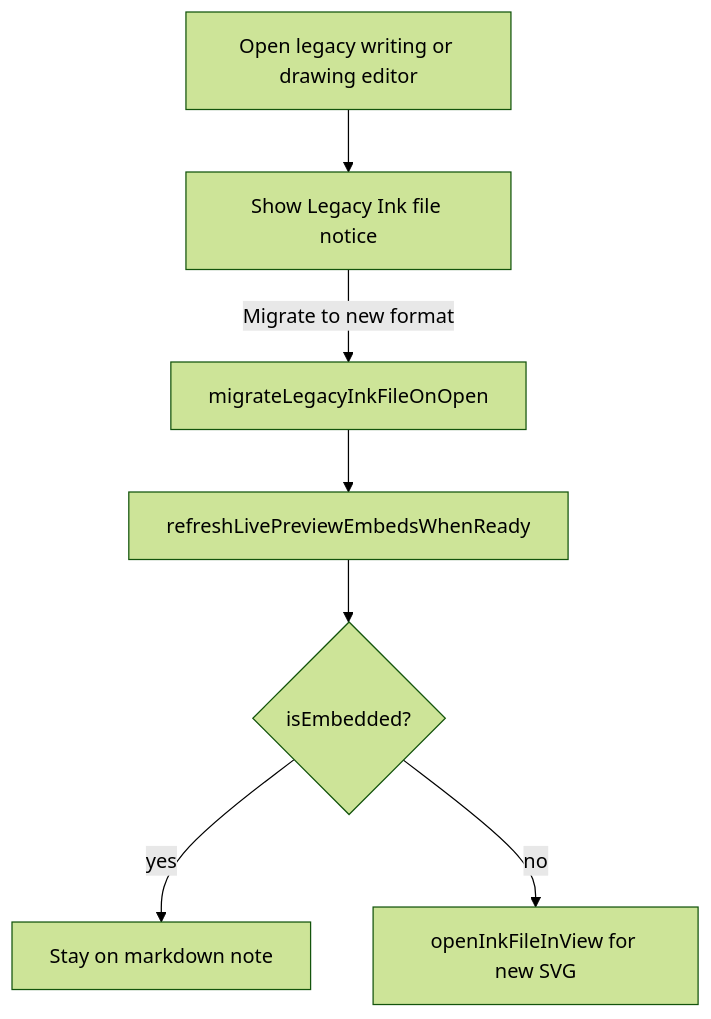
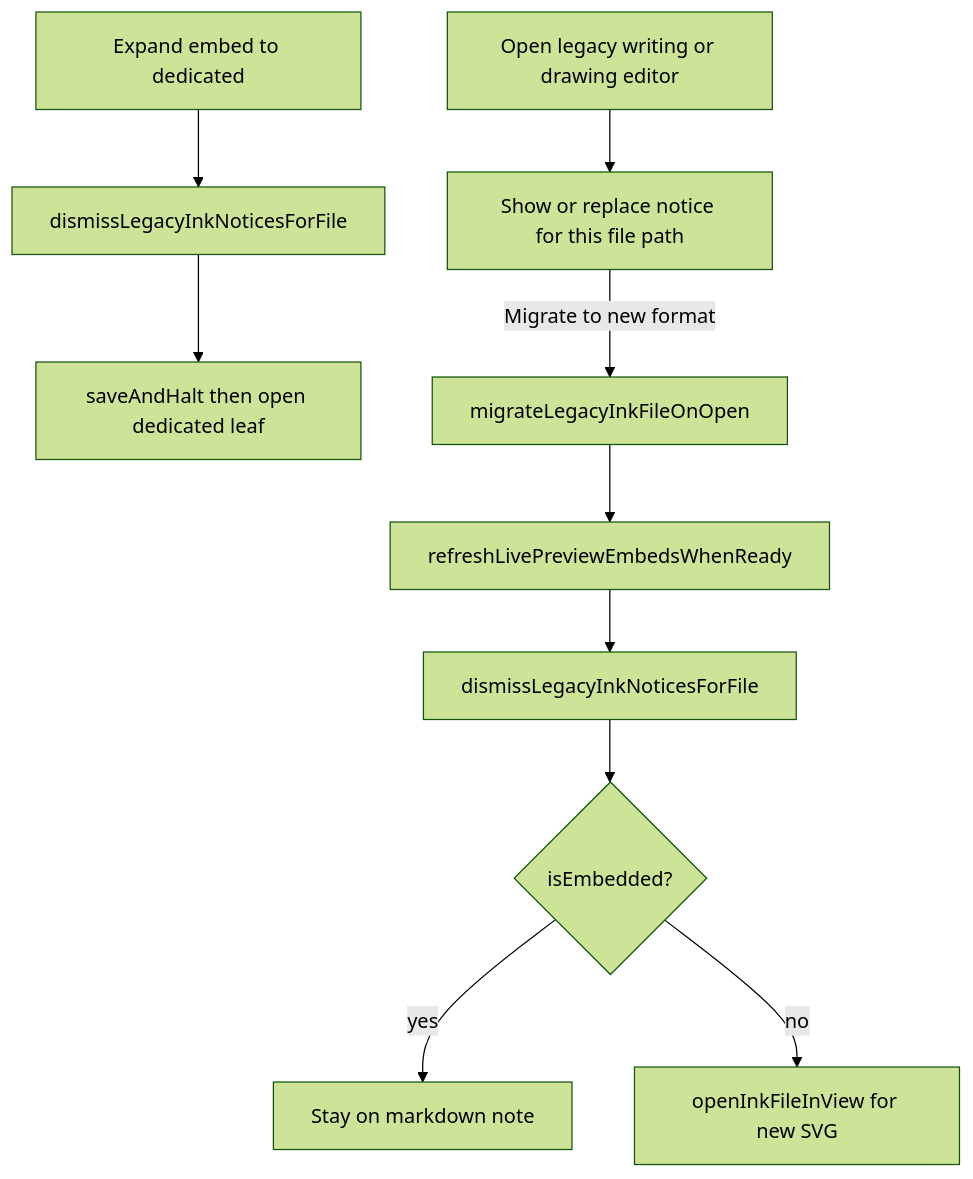
One commit to daledesilva/obsidian_ink changed the diagram in docs/legacy-migrate-on-open.md. Above: the diagram before and after it, drawn with Mermaid (forest theme). The commit also changed other lines of this file and 3 other files, not shown here.

First line of the commit message:
fixed: Deduped legacy migrate notices so embed and dedicated views no longer stacked stale CTAs. Dismissed the notice on expand-to-dedicated and after a successful migrate so leftover buttons could not target a deleted or already-converted file.

````diff
--- a/docs/legacy-migrate-on-open.md
+++ b/docs/legacy-migrate-on-open.md
@@ -16,17 +20,21 @@
 ```mermaid
 flowchart TD
   Open["Open legacy writing or drawing editor"]
-  Notice["Show Legacy Ink file notice"]
+  Notice["Show or replace notice for this file path"]
+  Expand["Expand embed to dedicated"]
+  DismissExpand["dismissLegacyInkNoticesForFile"]
+  SaveHalt["saveAndHalt then open dedicated leaf"]
   Migrate["migrateLegacyInkFileOnOpen"]
   Refresh["refreshLivePreviewEmbedsWhenReady"]
+  ClearNotice["dismissLegacyInkNoticesForFile"]
   Embed{"isEmbedded?"}
   Stay["Stay on markdown note"]
   Dedicated["openInkFileInView for new SVG"]
 
   Open --> Notice
+  Expand --> DismissExpand --> SaveHalt
   Notice -->|"Migrate to new format"| Migrate
-  Migrate --> Refresh
-  Refresh --> Embed
+  Migrate --> Refresh --> ClearNotice --> Embed
   Embed -->|yes| Stay
   Embed -->|no| Dedicated
 ```
````
